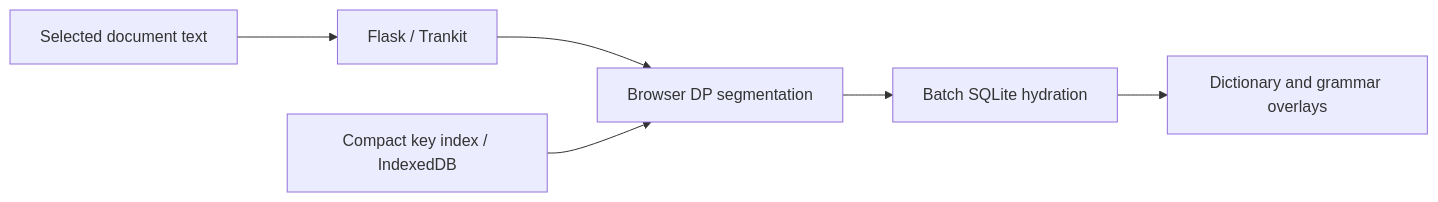
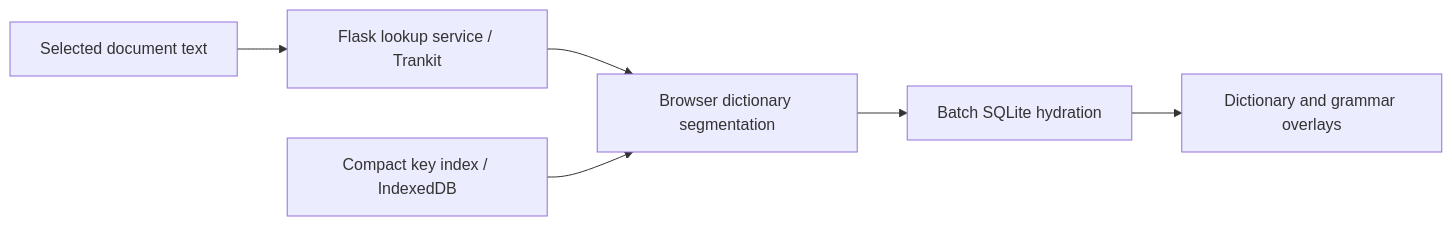
The diagram in docs/ARCHITECTURE.md (conradcompagna/language-engine), drawn with Mermaid before and after one commit. The commit also changed other lines of this file and 25 other files, not shown here.

Commit message:
Document the current modular architecture and curate engineering guides

````diff
--- a/docs/ARCHITECTURE.md
+++ b/docs/ARCHITECTURE.md
@@ -5,8 +7,8 @@
 ```mermaid
 flowchart LR
-    Text[Selected document text] --> NLP[Flask / Trankit]
-    NLP --> DP[Browser DP segmentation]
+    Text[Selected document text] --> NLP[Flask lookup service / Trankit]
+    NLP --> DP[Browser dictionary segmentation]
     Index[Compact key index / IndexedDB] --> DP
     DP --> Hydrate[Batch SQLite hydration]
     Hydrate --> Reader[Dictionary and grammar overlays]
 ```
````
